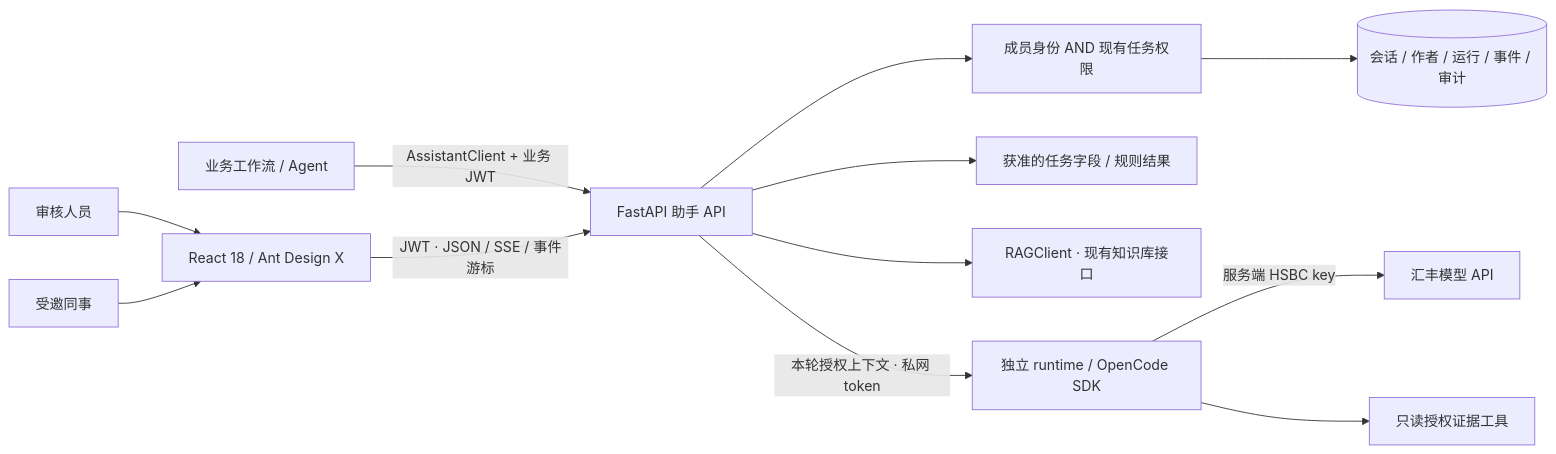
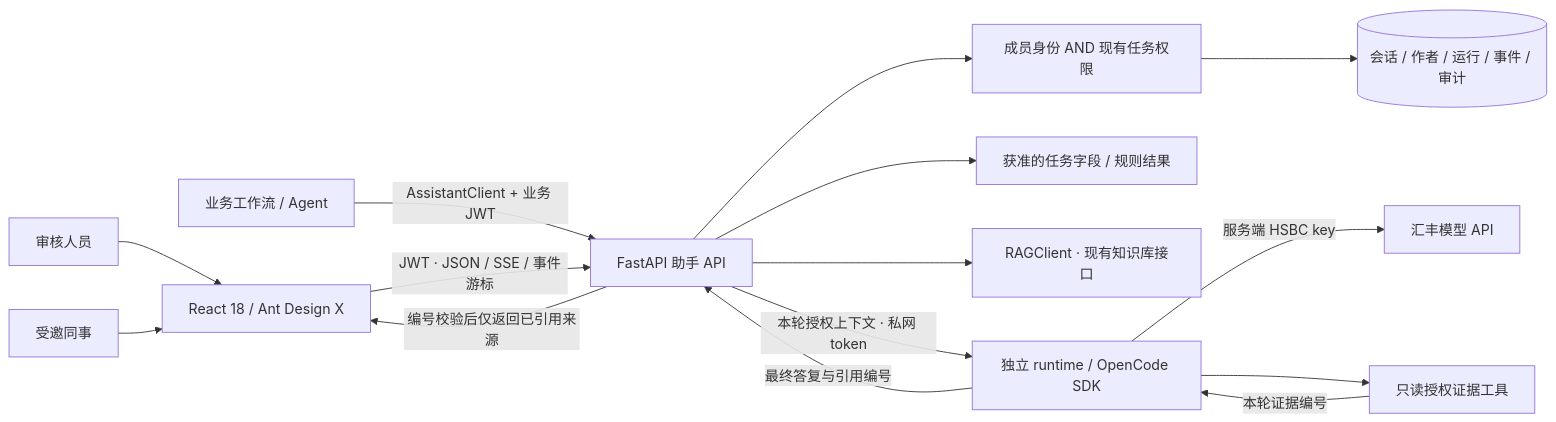
Before and after one commit to HBCN-AI-Campaign/HBCN-AI-Campaign-Team8: the first of 3 diagrams in docs/ai-assistant/README.md, drawn with Mermaid. The commit also changed other lines of this file and 2 other files, not shown here.

```diff
--- a/docs/ai-assistant/README.md
+++ b/docs/ai-assistant/README.md
@@ -24,14 +24,17 @@
 ~~~mermaid
 flowchart LR
   R[审核人员] --> UI[React 18 / Ant Design X]
   E[受邀同事] --> UI
   W[业务工作流 / Agent] -->|AssistantClient + 业务 JWT| API
   UI -->|JWT · JSON / SSE / 事件游标| API[FastAPI 助手 API]
   API --> ACL[成员身份 AND 现有任务权限]
   ACL --> DB[(会话 / 作者 / 运行 / 事件 / 审计)]
   API --> TASK[获准的任务字段 / 规则结果]
   API --> RAG[RAGClient · 现有知识库接口]
   API -->|本轮授权上下文 · 私网 token| RT[独立 runtime / OpenCode SDK]
   RT -->|服务端 HSBC key| HSBC[汇丰模型 API]
   RT --> TOOL[只读授权证据工具]
+  TOOL -->|本轮证据编号| RT
+  RT -->|最终答复与引用编号| API
+  API -->|编号校验后仅返回已引用来源| UI
 ~~~
```
